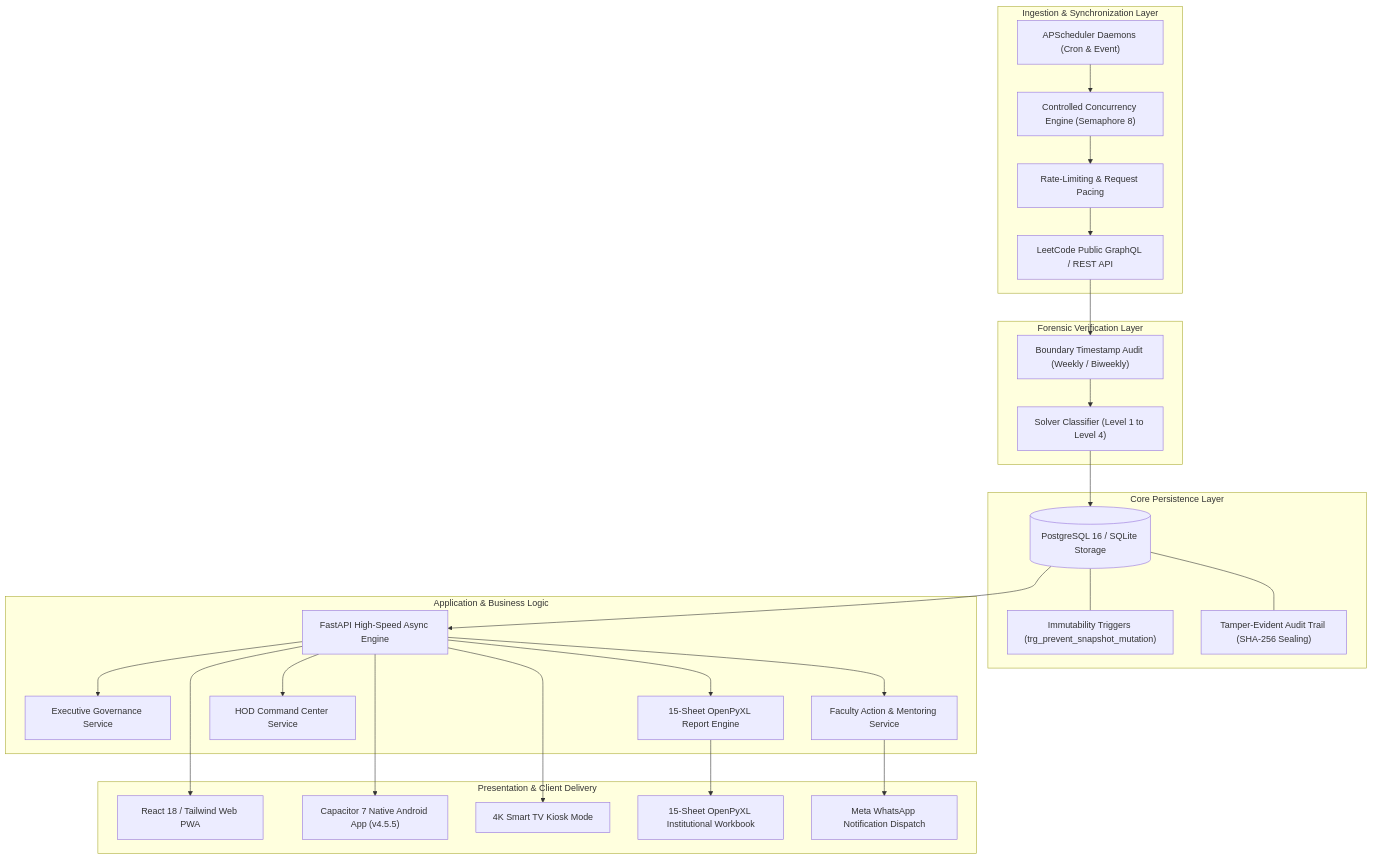
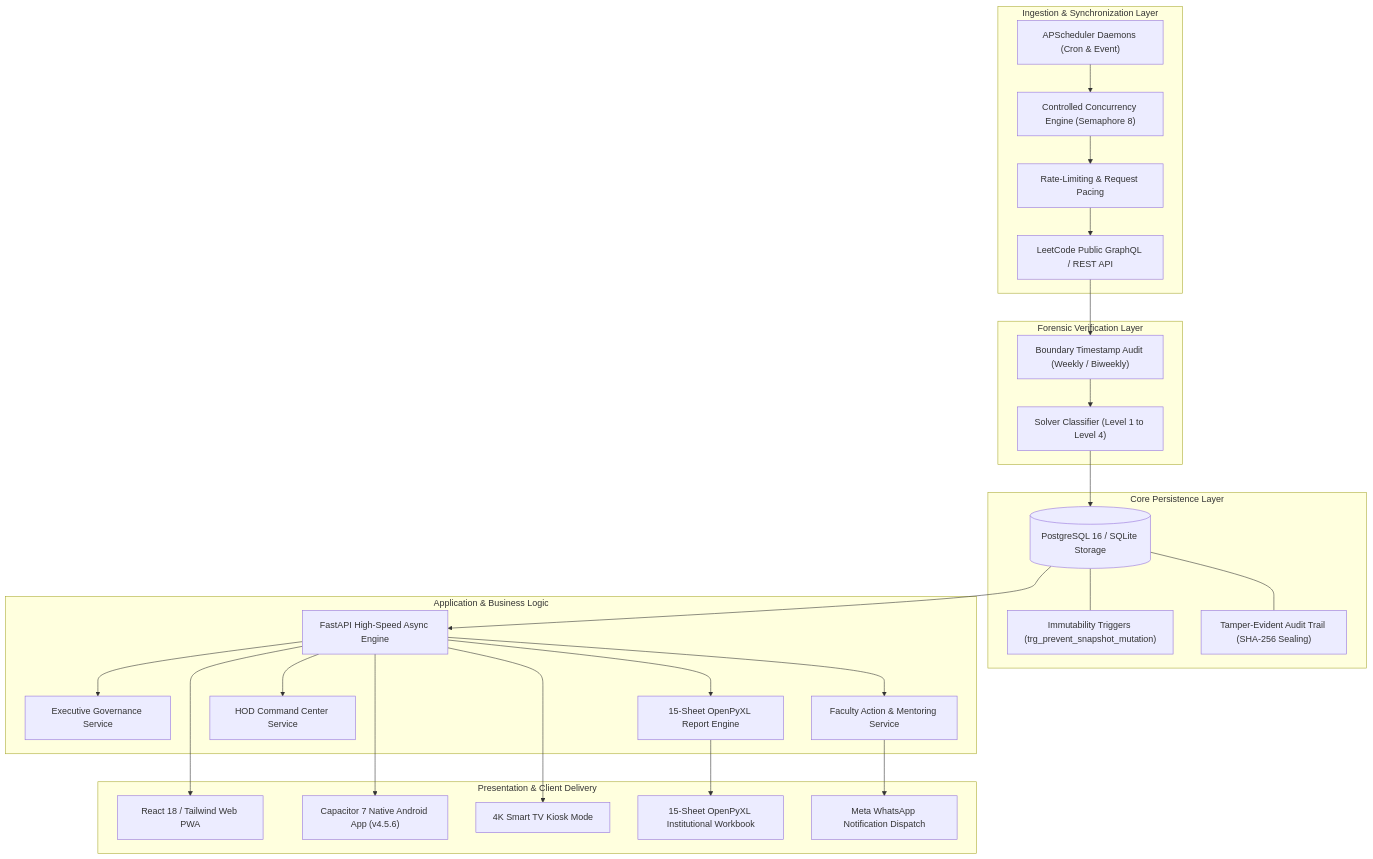
Before and after one commit to nanthishvaran17/Leetcodeurl-s: the diagram in README.md, drawn with Mermaid. The commit also changed other lines of this file and 13 other files, not shown here.

````diff
--- a/README.md
+++ b/README.md
@@ -197,54 +197,54 @@
 ```mermaid
 flowchart TD
     subgraph Ingestion ["Ingestion & Synchronization Layer"]
         LC["LeetCode Public GraphQL / REST API"]
         DYN["Controlled Concurrency Engine (Semaphore 8)"]
         RATE["Rate-Limiting & Request Pacing"]
         SCHED["APScheduler Daemons (Cron & Event)"]
         SCHED --> DYN
         DYN --> RATE
         RATE --> LC
     end
 
     subgraph Verification ["Forensic Verification Layer"]
         TIME["Boundary Timestamp Audit (Weekly / Biweekly)"]
         CLASS["Solver Classifier (Level 1 to Level 4)"]
         LC --> TIME
         TIME --> CLASS
     end
 
     subgraph Storage ["Core Persistence Layer"]
         DB[("PostgreSQL 16 / SQLite Storage")]
         TRIG["Immutability Triggers (trg_prevent_snapshot_mutation)"]
         AUDIT["Tamper-Evident Audit Trail (SHA-256 Sealing)"]
         CLASS --> DB
         DB --- TRIG
         DB --- AUDIT
     end
 
     subgraph Services ["Application & Business Logic"]
         API["FastAPI High-Speed Async Engine"]
         MGT["Executive Governance Service"]
         FAC["Faculty Action & Mentoring Service"]
         HOD["HOD Command Center Service"]
         REP["15-Sheet OpenPyXL Report Engine"]
         DB --> API
         API --> MGT
         API --> FAC
         API --> HOD
         API --> REP
     end
 
     subgraph Presentation ["Presentation & Client Delivery"]
         WEB["React 18 / Tailwind Web PWA"]
-        APK["Capacitor 7 Native Android App (v4.5.5)"]
+        APK["Capacitor 7 Native Android App (v4.5.6)"]
         KIOSK["4K Smart TV Kiosk Mode"]
         EXCEL["15-Sheet OpenPyXL Institutional Workbook"]
         WA["Meta WhatsApp Notification Dispatch"]
         API --> WEB
         API --> APK
         API --> KIOSK
         REP --> EXCEL
         FAC --> WA
     end
 ```
````
